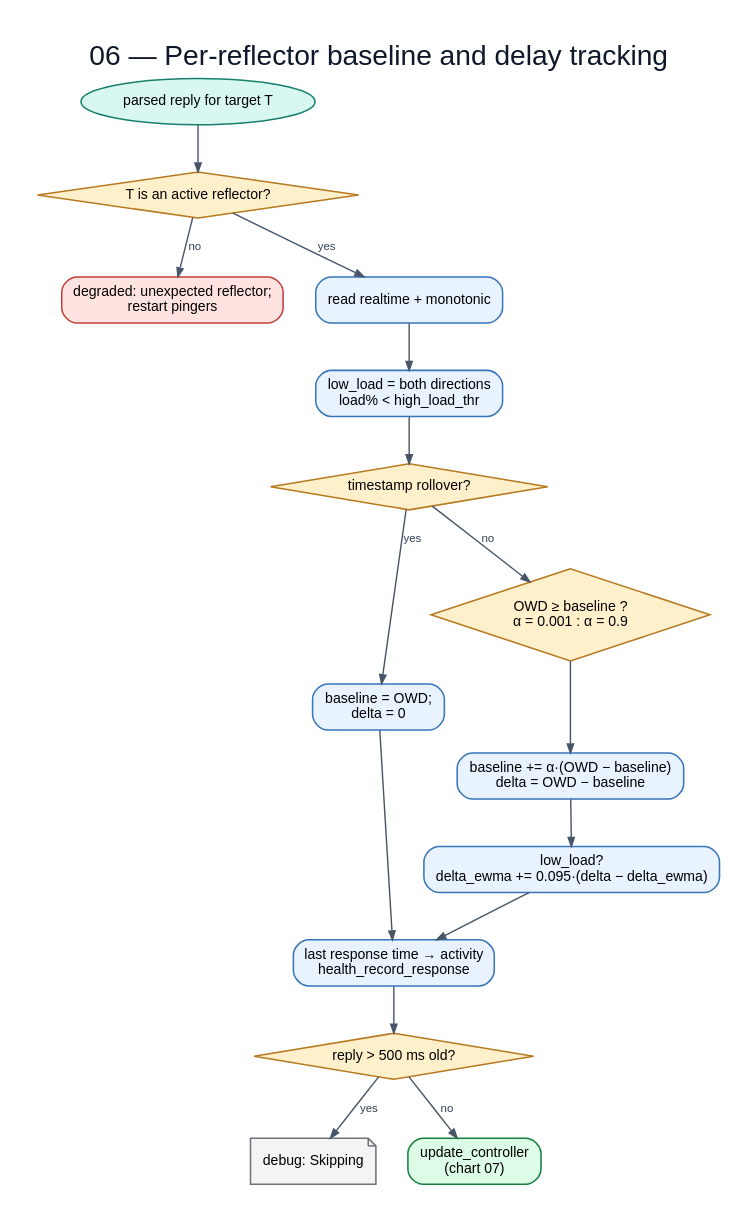
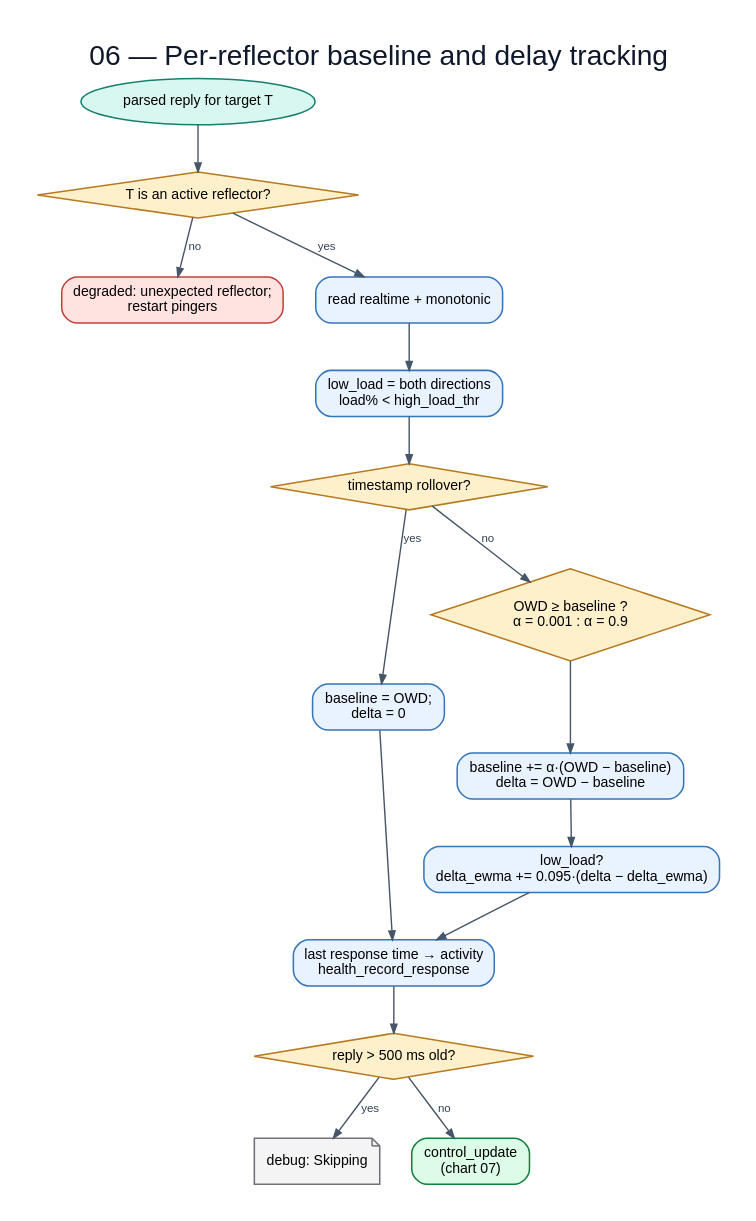
One commit to huydoan94/cake-adapt changed the diagram in flowchart/diagrams/06-latency-tracking.dot. Above: the diagram before and after it, drawn with Graphviz. The commit also changed 19 other files, not shown here.

First line of the commit message:
Regenerate the flowcharts for the restructured monitor

```diff
--- a/flowchart/diagrams/06-latency-tracking.dot
+++ b/flowchart/diagrams/06-latency-tracking.dot
@@ -1,33 +1,33 @@
 digraph G {
   graph [rankdir=TB,bgcolor="white",pad="0.30",nodesep="0.35",ranksep="0.48",splines=polyline,fontname="Arial",label="06 — Per-reflector baseline and delay tracking",labelloc=t,fontsize=22,fontcolor="#0f172a"];
   node [fontname="Arial",fontsize=11,margin="0.14,0.09",penwidth=1.2];
   edge [fontname="Arial",fontsize=9,color="#475569",fontcolor="#334155",arrowsize=0.7,penwidth=1.1];
   sample [label="parsed reply for target T",shape=oval,style="filled",fillcolor="#d9f7f1",color="#17806d"];
   active [label="T is an active reflector?",shape=diamond,style="filled",fillcolor="#fff0cc",color="#b7791f"];
   unknown [label="degraded: unexpected reflector;\nrestart pingers",shape=box,style="rounded,filled",fillcolor="#ffe3e0",color="#c2413b"];
   clock [label="read realtime + monotonic",shape=box,style="rounded,filled",fillcolor="#e9f2ff",color="#3676b9"];
   load [label="low_load = both directions\nload% < high_load_thr",shape=box,style="rounded,filled",fillcolor="#e9f2ff",color="#3676b9"];
   rollover [label="timestamp rollover?",shape=diamond,style="filled",fillcolor="#fff0cc",color="#b7791f"];
   reset [label="baseline = OWD;\ndelta = 0",shape=box,style="rounded,filled",fillcolor="#e9f2ff",color="#3676b9"];
   alpha [label="OWD ≥ baseline ?\nα = 0.001 : α = 0.9",shape=diamond,style="filled",fillcolor="#fff0cc",color="#b7791f"];
   base [label="baseline += α·(OWD − baseline)\ndelta = OWD − baseline",shape=box,style="rounded,filled",fillcolor="#e9f2ff",color="#3676b9"];
   ewma [label="low_load?\ndelta_ewma += 0.095·(delta − delta_ewma)",shape=box,style="rounded,filled",fillcolor="#e9f2ff",color="#3676b9"];
   health [label="last response time → activity\nhealth_record_response",shape=box,style="rounded,filled",fillcolor="#e9f2ff",color="#3676b9"];
   stale [label="reply > 500 ms old?",shape=diamond,style="filled",fillcolor="#fff0cc",color="#b7791f"];
   skip [label="debug: Skipping",shape=note,style="filled",fillcolor="#f4f4f5",color="#71717a"];
-  controller [label="update_controller\n(chart 07)",shape=box,style="rounded,filled,bold",fillcolor="#dcfce7",color="#15803d"];
+  controller [label="control_update\n(chart 07)",shape=box,style="rounded,filled,bold",fillcolor="#dcfce7",color="#15803d"];
   sample -> active;
   active -> unknown [label="no"];
   active -> clock [label="yes"];
   clock -> load;
   load -> rollover;
   rollover -> reset [label="yes"];
   rollover -> alpha [label="no"];
   alpha -> base;
   base -> ewma;
   reset -> health;
   ewma -> health;
   health -> stale;
   stale -> skip [label="yes"];
   stale -> controller [label="no"];
 }
```
